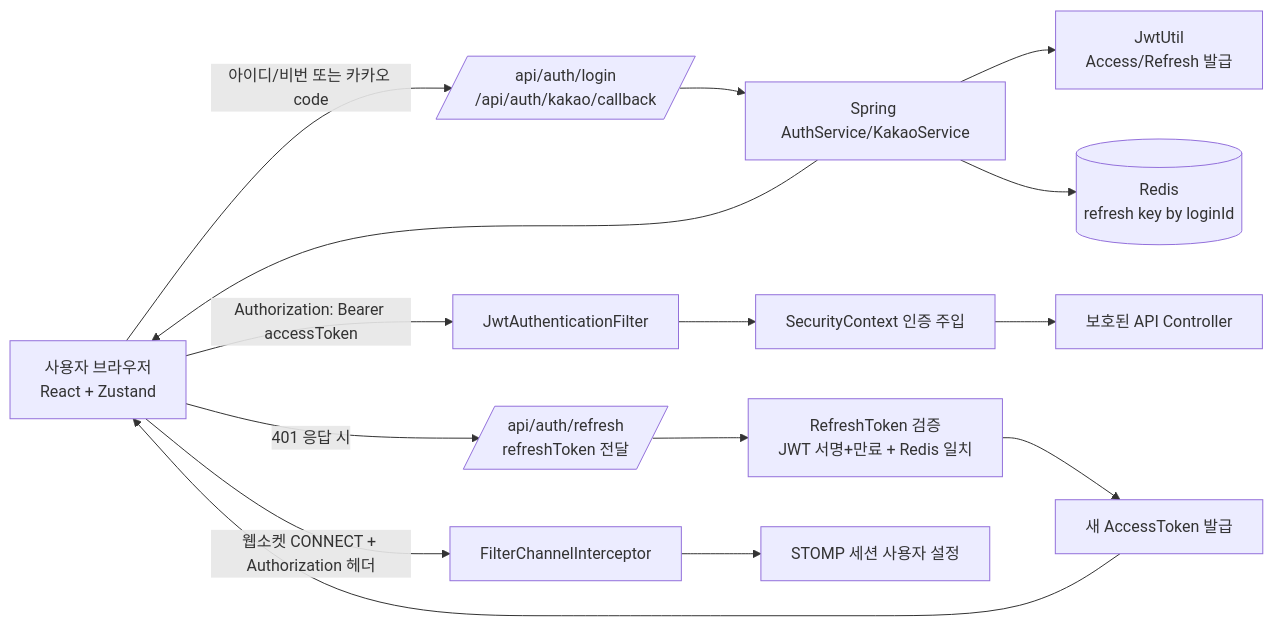
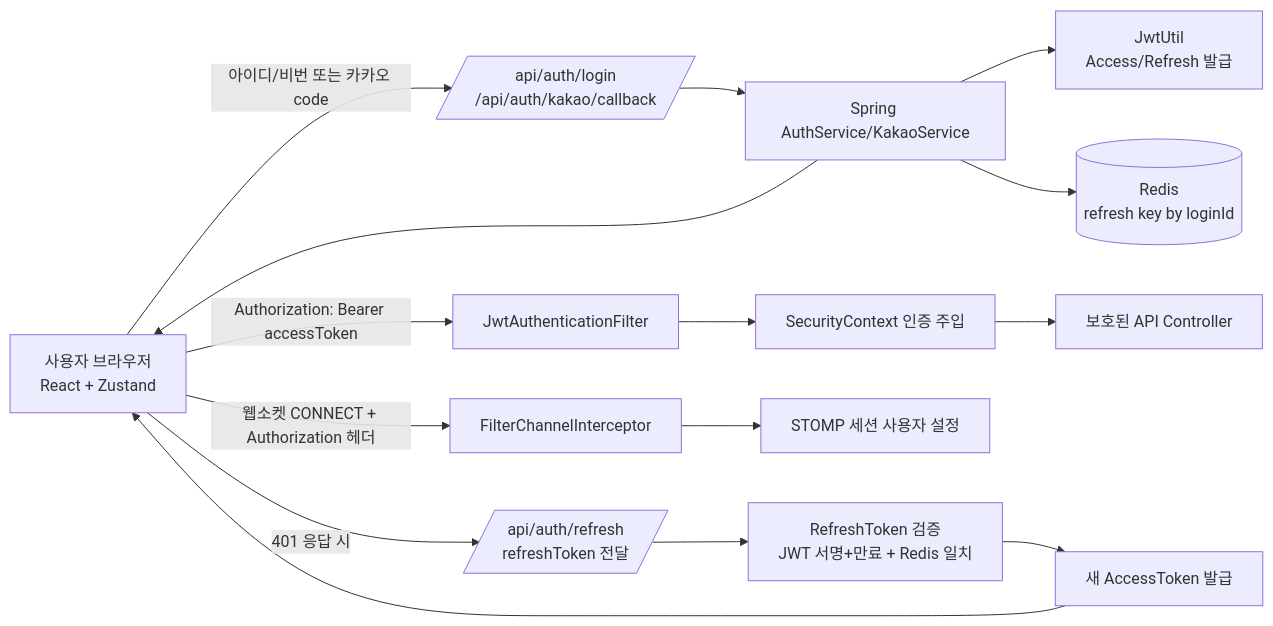
Before and after one commit to CheonBi/MyFairy: the diagram in docs/jwt-authentication-analysis-interview.md, drawn with Mermaid. The commit also changed other lines of this file, not shown here.

First line of the commit message:
Refactor JWT authentication flow diagram

````diff
--- a/docs/jwt-authentication-analysis-interview.md
+++ b/docs/jwt-authentication-analysis-interview.md
@@ -5,20 +5,20 @@
 ```mermaid
 flowchart LR
   U[사용자 브라우저\nReact + Zustand] -->|아이디/비번 또는 카카오 code| A[/api/auth/login\n/api/auth/kakao/callback/]
   A --> S[Spring AuthService/KakaoService]
   S --> J[JwtUtil\nAccess/Refresh 발급]
   S --> R[(Redis\nrefresh key by loginId)]
   S --> U
 
   U -->|Authorization: Bearer accessToken| F[JwtAuthenticationFilter]
   F --> C[SecurityContext 인증 주입]
   C --> API[보호된 API Controller]
 
+  U -->|웹소켓 CONNECT + Authorization 헤더| WS[FilterChannelInterceptor]
+  WS --> WSC[STOMP 세션 사용자 설정]
+
   U -->|401 응답 시| RE[/api/auth/refresh\nrefreshToken 전달/]
   RE --> V[RefreshToken 검증\nJWT 서명+만료 + Redis 일치]
   V --> NA[새 AccessToken 발급]
   NA --> U
-
-  U -->|웹소켓 CONNECT + Authorization 헤더| WS[FilterChannelInterceptor]
-  WS --> WSC[STOMP 세션 사용자 설정]
 ```
````
